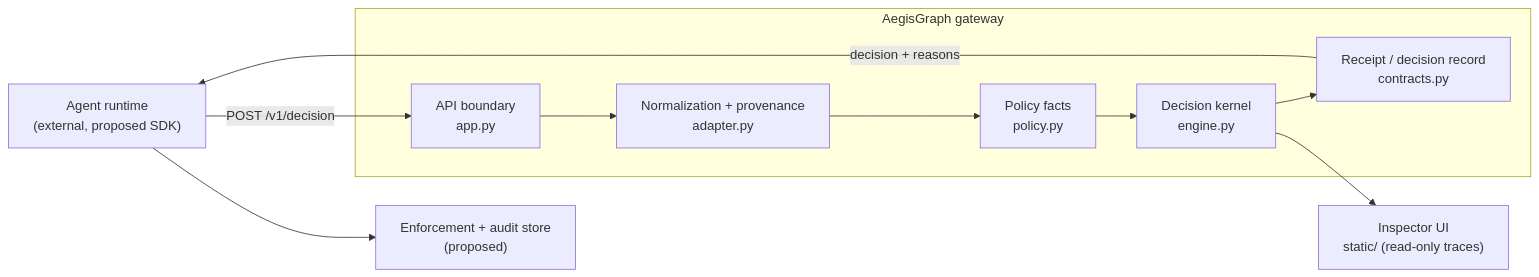
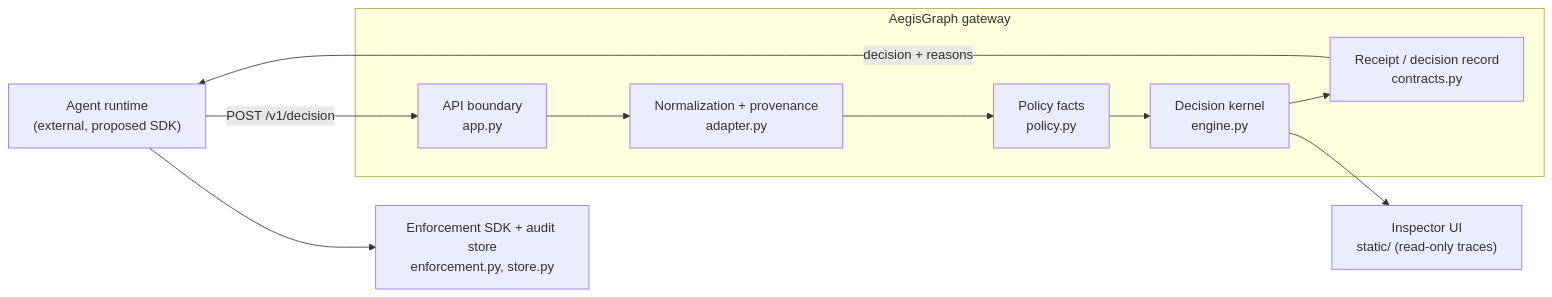
One commit to OussemaHarrabi/IndabaX26 changed the diagram in docs/architecture/system-context.md. Above: the diagram before and after it, drawn with Mermaid. The commit also changed other lines of this file and 1 other file, not shown here.

First line of the commit message:
docs(architecture): restate the component and misuse-case statuses against the ledger

````diff
--- a/docs/architecture/system-context.md
+++ b/docs/architecture/system-context.md
@@ -18,13 +23,13 @@
 ```mermaid
 flowchart LR
   AR["Agent runtime<br/>(external, proposed SDK)"] -->|"POST /v1/decision"| API
   subgraph GW["AegisGraph gateway"]
     API["API boundary<br/>app.py"] --> NORM["Normalization + provenance<br/>adapter.py"]
     NORM --> POL["Policy facts<br/>policy.py"]
     POL --> ENG["Decision kernel<br/>engine.py"]
     ENG --> RCP["Receipt / decision record<br/>contracts.py"]
   end
   RCP -->|"decision + reasons"| AR
   ENG --> UI["Inspector UI<br/>static/ (read-only traces)"]
-  AR --> ENF["Enforcement + audit store<br/>(proposed)"]
+  AR --> ENF["Enforcement SDK + audit store<br/>enforcement.py, store.py"]
 ```
````
